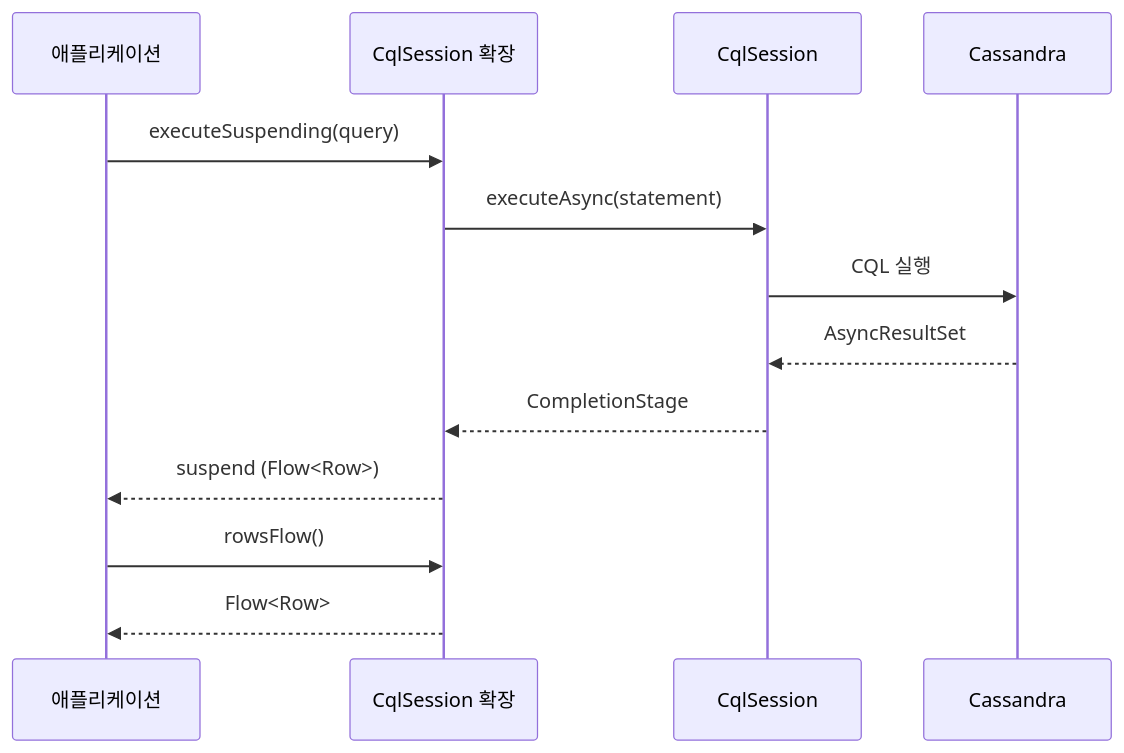
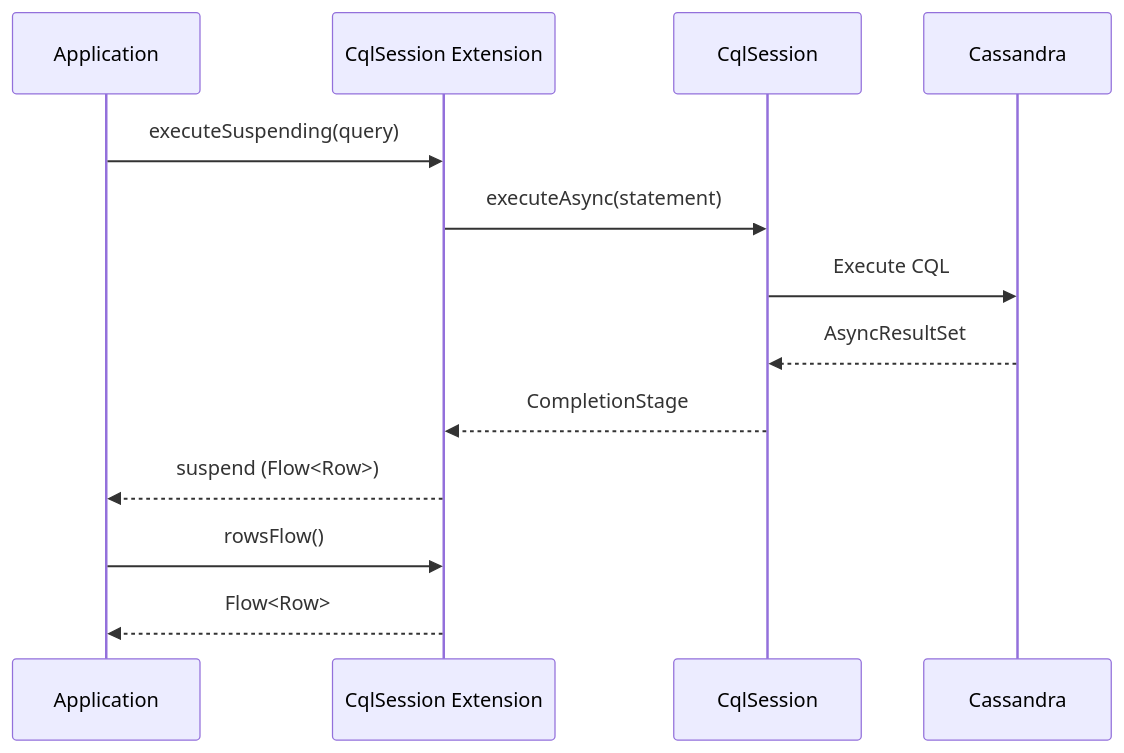
Before and after one commit to bluetape4k/bluetape4k-projects: the third of 3 diagrams in data/cassandra/README.md, drawn with Mermaid. The commit also changed other lines of this file and 265 other files, not shown here.

````diff
--- a/data/cassandra/README.md
+++ b/data/cassandra/README.md
@@ -419,16 +421,16 @@
 ```mermaid
 sequenceDiagram
-    participant App as 애플리케이션
-    participant Ext as CqlSession 확장
+    participant App as Application
+    participant Ext as CqlSession Extension
     participant Session as CqlSession
     participant DB as Cassandra
 
     App->>Ext: executeSuspending(query)
     Ext->>Session: executeAsync(statement)
-    Session->>DB: CQL 실행
+    Session->>DB: Execute CQL
     DB-->>Session: AsyncResultSet
     Session-->>Ext: CompletionStage
     Ext-->>App: suspend (Flow<Row>)
     App->>Ext: rowsFlow()
     Ext-->>App: Flow<Row>
 ```
````
